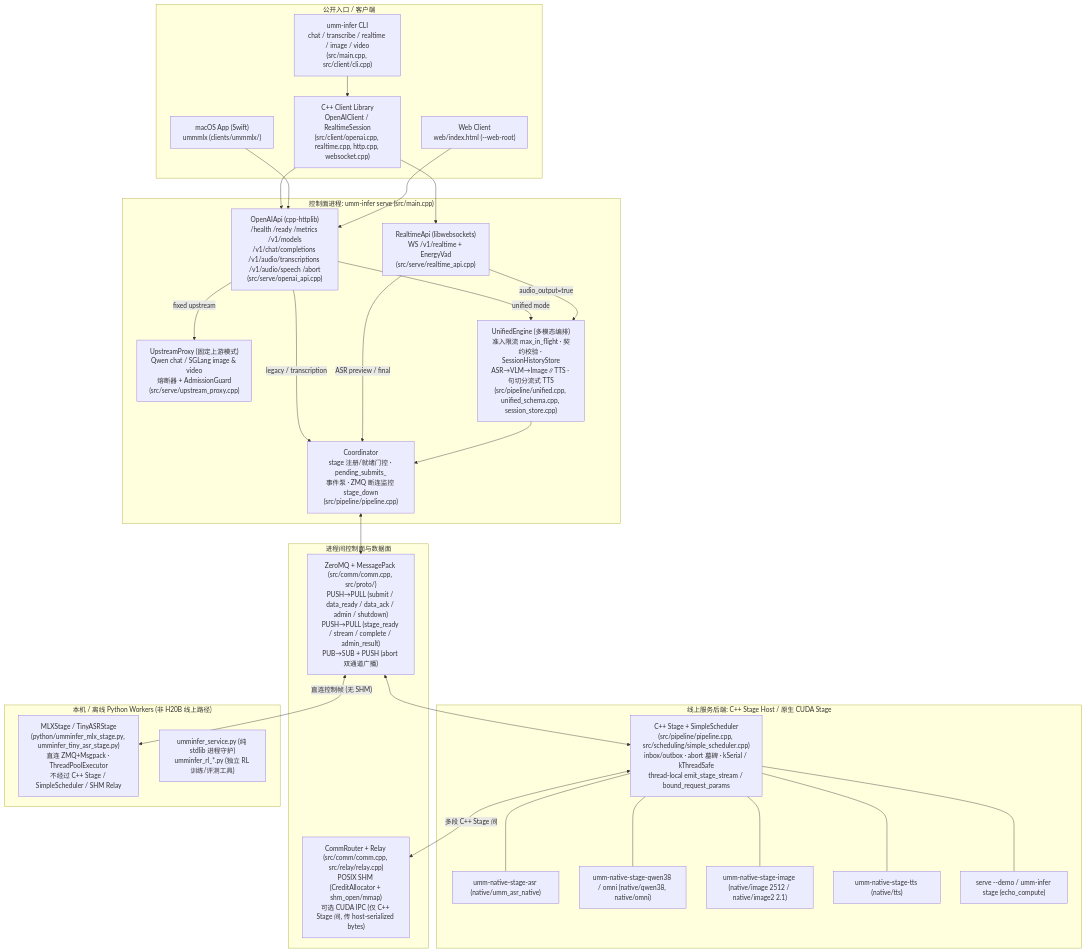
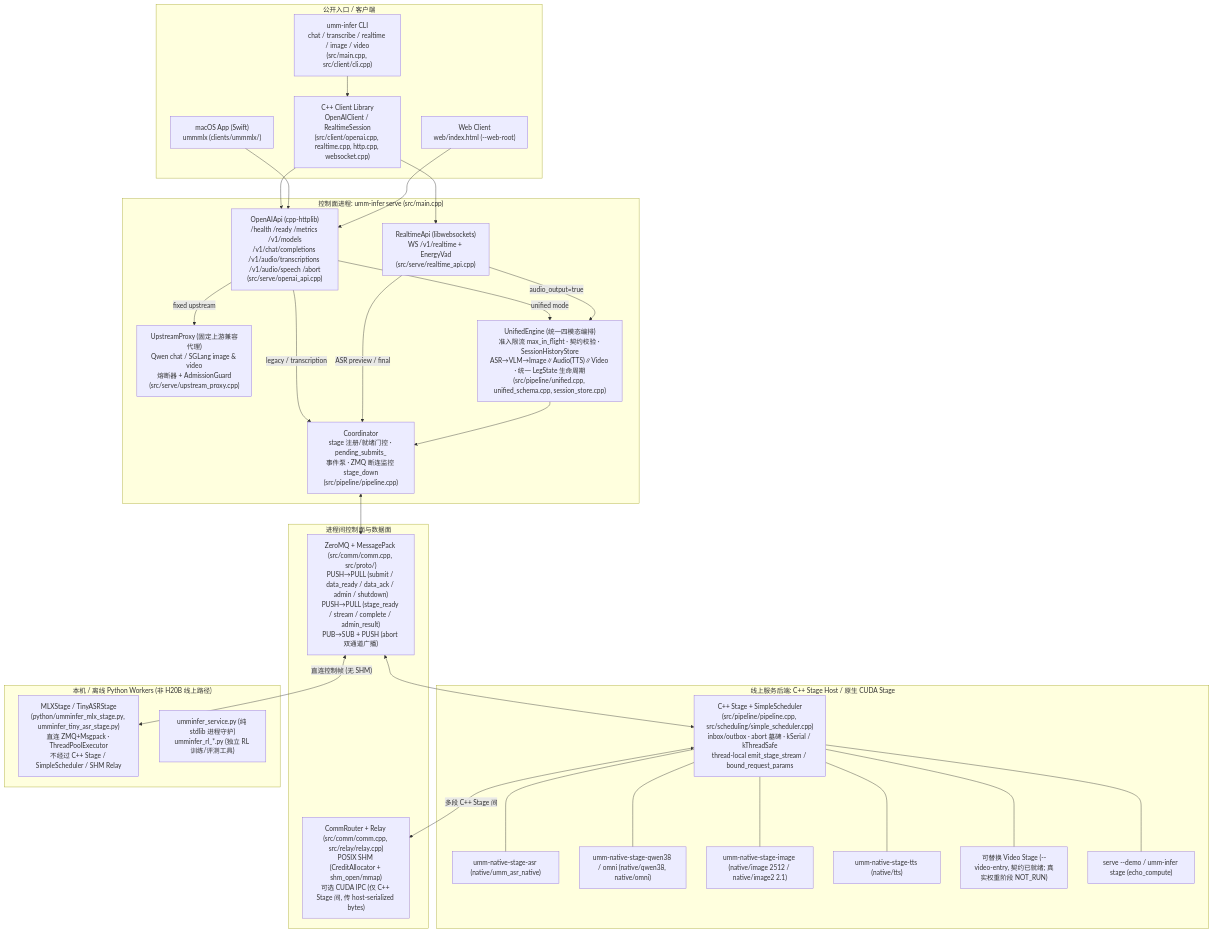
The diagram in docs/architecture.md (thinkseek/ummInfer), drawn with Mermaid before and after one commit. The commit also changed other lines of this file and 15 other files, not shown here.

Commit message:
feat(unified): unify 4-modality leg lifecycle and promote video to first-class UnifiedEngine output

````diff
--- a/docs/architecture.md
+++ b/docs/architecture.md
@@ -10,60 +10,62 @@
 ```mermaid
 flowchart TB
   subgraph Clients["公开入口 / 客户端"]
     CLI["umm-infer CLI<br/>chat / transcribe / realtime / image / video<br/>(src/main.cpp, src/client/cli.cpp)"]
     CPP["C++ Client Library<br/>OpenAIClient / RealtimeSession<br/>(src/client/openai.cpp, realtime.cpp, http.cpp, websocket.cpp)"]
     SWIFT["macOS App (Swift)<br/>ummmlx (clients/ummmlx/)"]
     WEB["Web Client<br/>web/index.html (--web-root)"]
   end
 
   subgraph Server["控制面进程: umm-infer serve (src/main.cpp)"]
     HTTP["OpenAIApi (cpp-httplib)<br/>/health /ready /metrics /v1/models<br/>/v1/chat/completions /v1/audio/transcriptions /v1/audio/speech /abort<br/>(src/serve/openai_api.cpp)"]
-    PROXY["UpstreamProxy (固定上游模式)<br/>Qwen chat / SGLang image & video<br/>熔断器 + AdmissionGuard<br/>(src/serve/upstream_proxy.cpp)"]
+    PROXY["UpstreamProxy (固定上游兼容代理)<br/>Qwen chat / SGLang image & video<br/>熔断器 + AdmissionGuard<br/>(src/serve/upstream_proxy.cpp)"]
     WS["RealtimeApi (libwebsockets)<br/>WS /v1/realtime + EnergyVad<br/>(src/serve/realtime_api.cpp)"]
-    UE["UnifiedEngine (多模态编排)<br/>准入限流 max_in_flight · 契约校验 · SessionHistoryStore<br/>ASR→VLM→Image∥TTS · 句切分流式 TTS<br/>(src/pipeline/unified.cpp, unified_schema.cpp, session_store.cpp)"]
+    UE["UnifiedEngine (统一四模态编排)<br/>准入限流 max_in_flight · 契约校验 · SessionHistoryStore<br/>ASR→VLM→Image∥Audio(TTS)∥Video · 统一 LegState 生命周期<br/>(src/pipeline/unified.cpp, unified_schema.cpp, session_store.cpp)"]
     COORD["Coordinator<br/>stage 注册/就绪门控 · pending_submits_<br/>事件泵 · ZMQ 断连监控 stage_down<br/>(src/pipeline/pipeline.cpp)"]
   end
 
   subgraph Transport["进程间控制面与数据面"]
     ZMQ["ZeroMQ + MessagePack (src/comm/comm.cpp, src/proto/)<br/>PUSH→PULL (submit / data_ready / data_ack / admin / shutdown)<br/>PUSH→PULL (stage_ready / stream / complete / admin_result)<br/>PUB→SUB + PUSH (abort 双通道广播)"]
     RELAY["CommRouter + Relay (src/comm/comm.cpp, src/relay/relay.cpp)<br/>POSIX SHM (CreditAllocator + shm_open/mmap)<br/>可选 CUDA IPC (仅 C++ Stage 间, 传 host-serialized bytes)"]
   end
 
   subgraph NativeStages["线上服务后端: C++ Stage Host / 原生 CUDA Stage"]
     STAGE["C++ Stage + SimpleScheduler<br/>(src/pipeline/pipeline.cpp, src/scheduling/simple_scheduler.cpp)<br/>inbox/outbox · abort 墓碑 · kSerial / kThreadSafe<br/>thread-local emit_stage_stream / bound_request_params"]
     BIN_ASR["umm-native-stage-asr (native/umm_asr_native)"]
     BIN_VLM["umm-native-stage-qwen38 / omni (native/qwen38, native/omni)"]
     BIN_IMG["umm-native-stage-image (native/image 2512 / native/image2 2.1)"]
     BIN_TTS["umm-native-stage-tts (native/tts)"]
+    BIN_VID["可替换 Video Stage (--video-entry, 契约已就绪; 真实权重阶段 NOT_RUN)"]
     DEMO["serve --demo / umm-infer stage (echo_compute)"]
   end
 
   subgraph PythonWorkers["本机 / 离线 Python Workers (非 H20B 线上路径)"]
     MLX["MLXStage / TinyASRStage<br/>(python/umminfer_mlx_stage.py, umminfer_tiny_asr_stage.py)<br/>直连 ZMQ+Msgpack · ThreadPoolExecutor<br/>不经过 C++ Stage / SimpleScheduler / SHM Relay"]
     SUP["umminfer_service.py (纯 stdlib 进程守护)<br/>umminfer_rl_*.py (独立 RL 训练/评测工具)"]
   end
 
   CLI --> CPP
   CPP --> HTTP
   CPP --> WS
   SWIFT --> HTTP
   WEB --> HTTP
 
   HTTP -->|"fixed upstream"| PROXY
   HTTP -->|"unified mode"| UE
   HTTP -->|"legacy / transcription"| COORD
   WS -->|"ASR preview / final"| COORD
   WS -->|"audio_output=true"| UE
   UE --> COORD
 
   COORD <--> ZMQ
   ZMQ <--> STAGE
   STAGE <-->|"多段 C++ Stage 间"| RELAY
   STAGE --- BIN_ASR
   STAGE --- BIN_VLM
   STAGE --- BIN_IMG
   STAGE --- BIN_TTS
+  STAGE --- BIN_VID
   STAGE --- DEMO
 
   ZMQ <-->|"直连控制帧 (无 SHM)"| MLX
 ```
````
